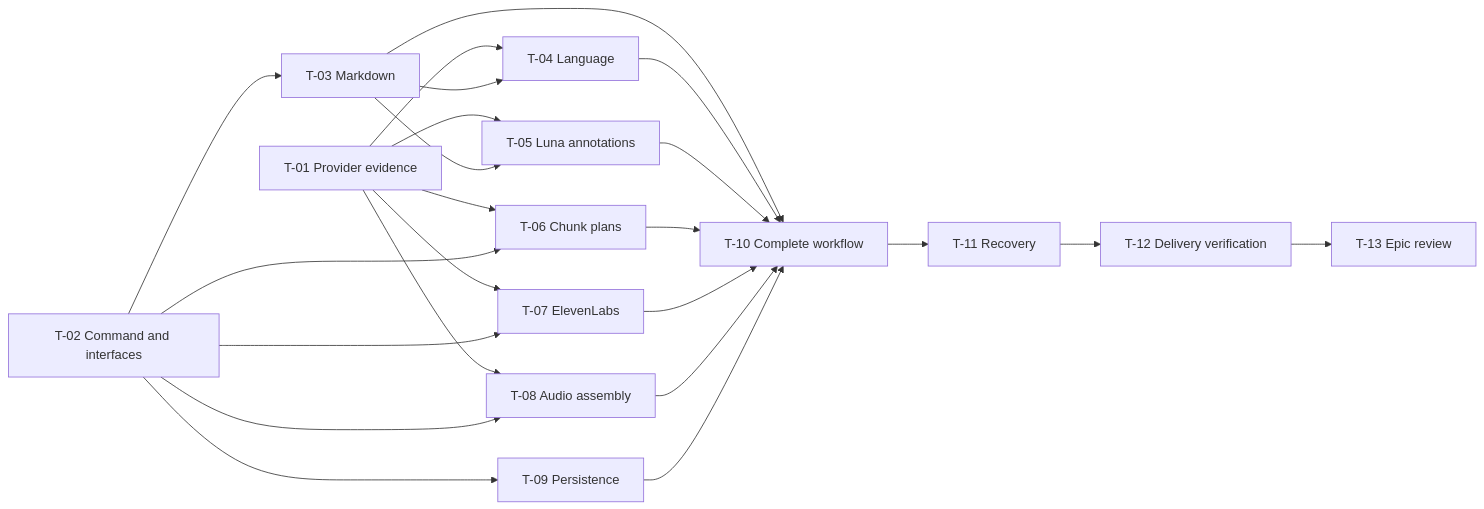
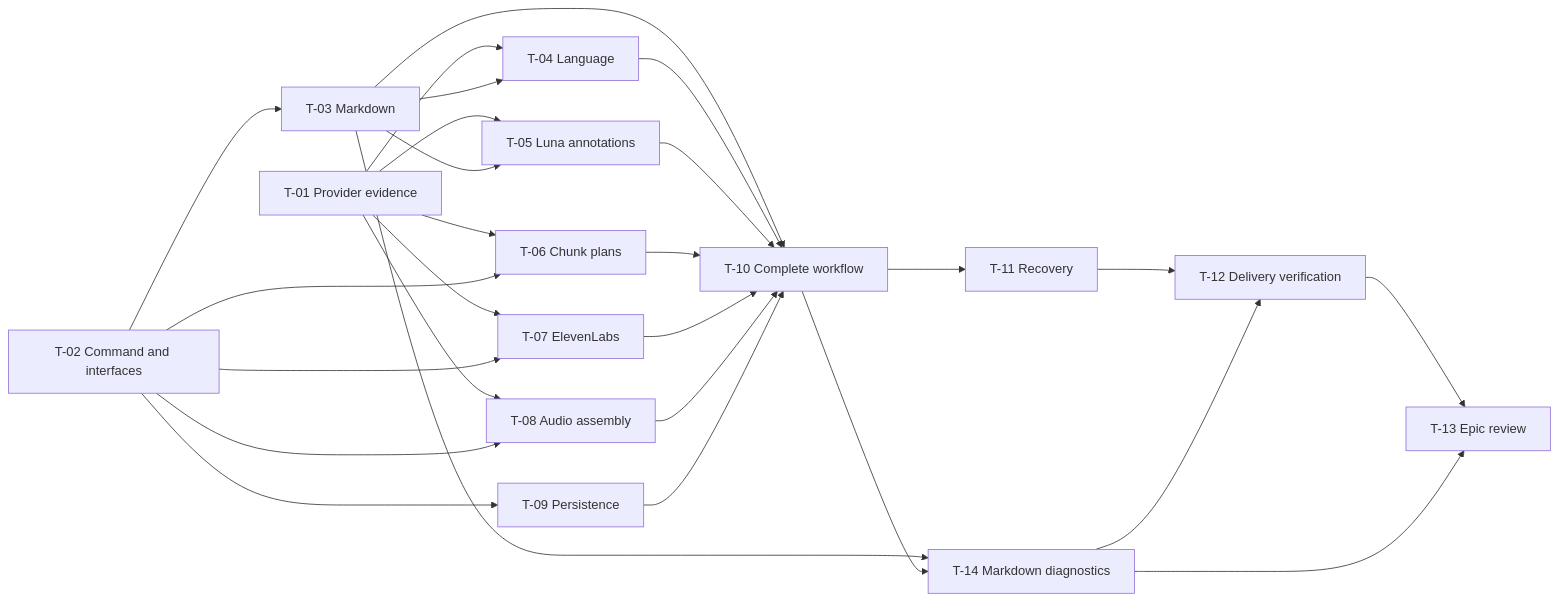
One commit to zoec98/audiobook changed the diagram in developer/2026-11-13-markdown-to-audiobook/tickets.md. Above: the diagram before and after it, drawn with Mermaid. The commit also changed other lines of this file, not shown here.

Commit message:
markdown-to-audiobook: approve diagnostic fixes

````diff
--- a/developer/2026-11-13-markdown-to-audiobook/tickets.md
+++ b/developer/2026-11-13-markdown-to-audiobook/tickets.md
@@ -41,25 +47,29 @@
 ```mermaid
 flowchart LR
   T01[T-01 Provider evidence] --> T04[T-04 Language]
   T01 --> T05[T-05 Luna annotations]
   T01 --> T06[T-06 Chunk plans]
   T01 --> T07[T-07 ElevenLabs]
   T01 --> T08[T-08 Audio assembly]
   T02[T-02 Command and interfaces] --> T03[T-03 Markdown]
   T02 --> T06
   T02 --> T07
   T02 --> T08
   T02 --> T09[T-09 Persistence]
   T03 --> T04
   T03 --> T05
   T03 --> T10[T-10 Complete workflow]
   T04 --> T10
   T05 --> T10
   T06 --> T10
   T07 --> T10
   T08 --> T10
   T09 --> T10
   T10 --> T11[T-11 Recovery]
+  T03 --> T14[T-14 Markdown diagnostics]
+  T10 --> T14
   T11 --> T12[T-12 Delivery verification]
+  T14 --> T12
   T12 --> T13[T-13 Epic review]
+  T14 --> T13
 ```
````
